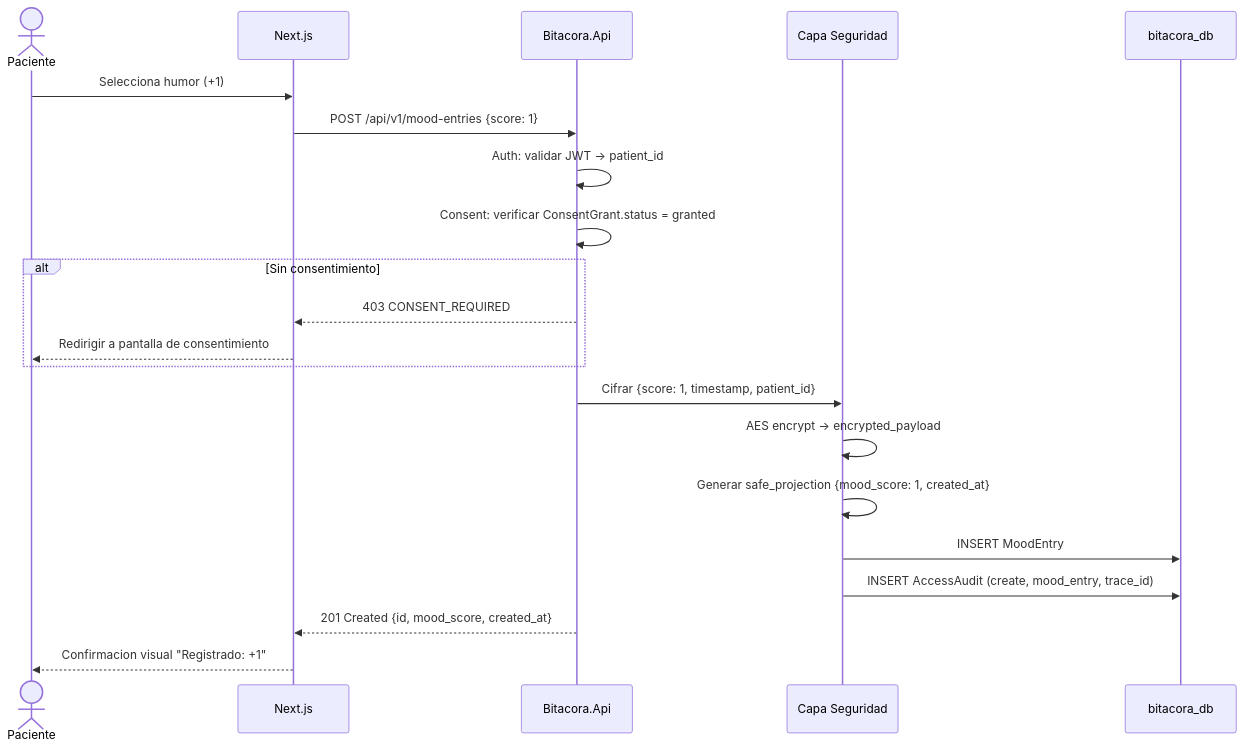
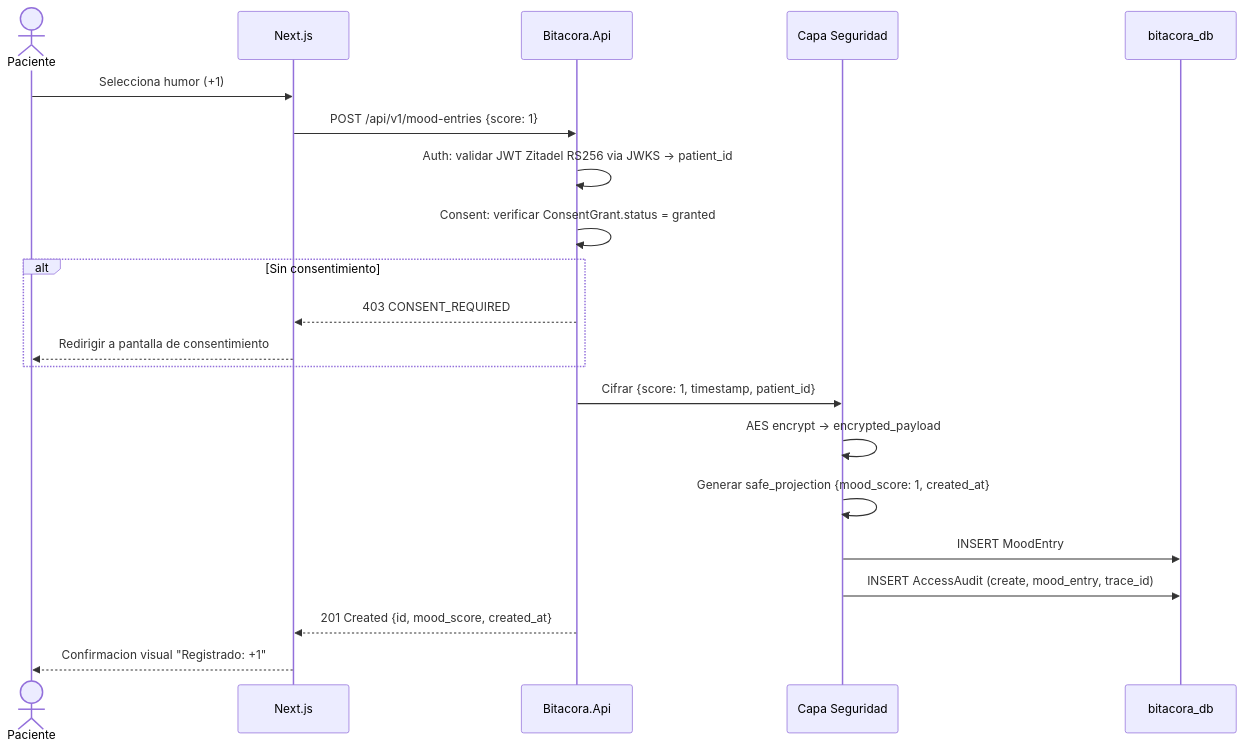
One commit to fgpaz/bitacora changed the diagram in .docs/wiki/03_FL/FL-REG-01.md. Above: the diagram before and after it, drawn with Mermaid. The commit also changed other lines of this file and 14 other files, not shown here.

Commit message:
fix(auth): preserve zitadel session cookie

````diff
--- a/.docs/wiki/03_FL/FL-REG-01.md
+++ b/.docs/wiki/03_FL/FL-REG-01.md
@@ -30,24 +30,24 @@
 ```mermaid
 sequenceDiagram
     actor P as Paciente
     participant WEB as Next.js
     participant API as Bitacora.Api
     participant SEC as Capa Seguridad
     participant DB as bitacora_db
 
     P->>WEB: Selecciona humor (+1)
     WEB->>API: POST /api/v1/mood-entries {score: 1}
-    API->>API: Auth: validar JWT → patient_id
+    API->>API: Auth: validar JWT Zitadel RS256 via JWKS → patient_id
     API->>API: Consent: verificar ConsentGrant.status = granted
     alt Sin consentimiento
         API-->>WEB: 403 CONSENT_REQUIRED
         WEB-->>P: Redirigir a pantalla de consentimiento
     end
     API->>SEC: Cifrar {score: 1, timestamp, patient_id}
     SEC->>SEC: AES encrypt → encrypted_payload
     SEC->>SEC: Generar safe_projection {mood_score: 1, created_at}
     SEC->>DB: INSERT MoodEntry
     SEC->>DB: INSERT AccessAudit (create, mood_entry, trace_id)
     API-->>WEB: 201 Created {id, mood_score, created_at}
     WEB-->>P: Confirmacion visual "Registrado: +1"
 ```
````
